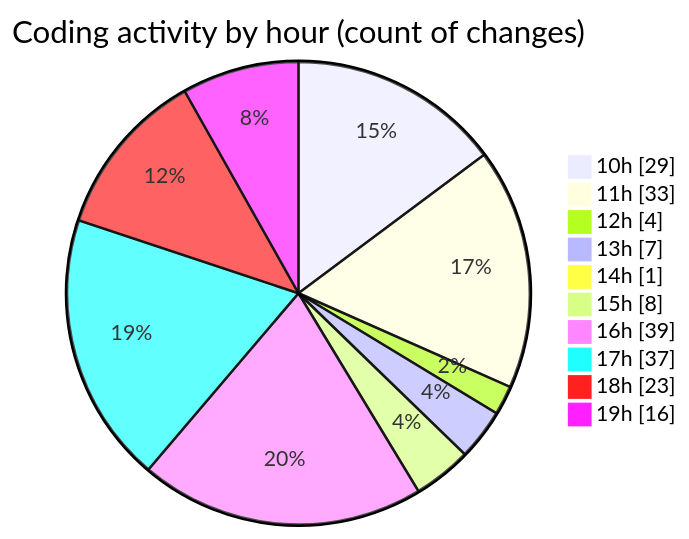
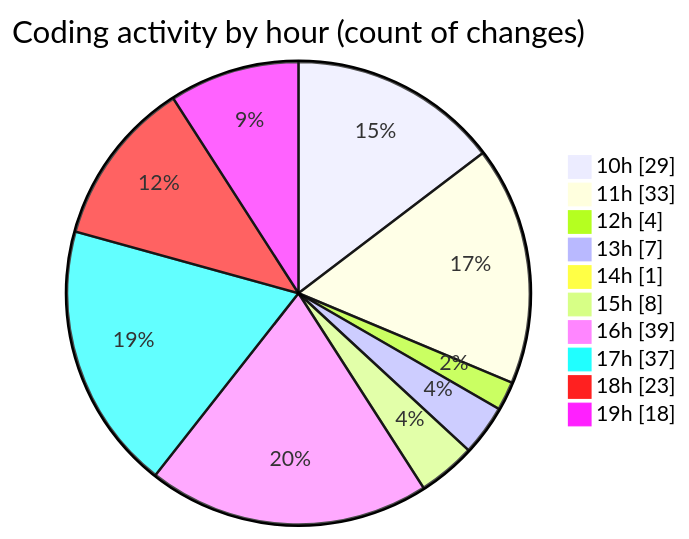
One commit to momahboobian/code-tracking changed the second of 2 diagrams in 2025-06-05/cda/README.md. Above: the diagram before and after it, drawn with Mermaid. The commit also changed other lines of this file and 1 other file, not shown here.

````diff
--- a/2025-06-05/cda/README.md
+++ b/2025-06-05/cda/README.md
@@ -71,14 +71,14 @@
 ```mermaid
 pie showData
 title Coding activity by hour (count of changes)
 "10h" : 29
 "11h" : 33
 "12h" : 4
 "13h" : 7
 "14h" : 1
 "15h" : 8
 "16h" : 39
 "17h" : 37
 "18h" : 23
-"19h" : 16
+"19h" : 18
 ```
````
